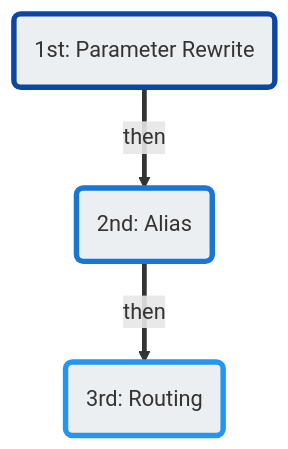
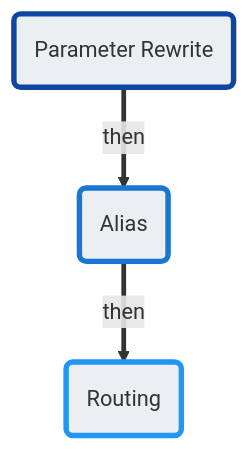
One commit to connexcs/docs changed the diagram in docs/number-manipulation.md. Above: the diagram before and after it, drawn with Mermaid.

Commit message:
Update number-manipulation.md
fixing flow

````diff
--- a/docs/number-manipulation.md
+++ b/docs/number-manipulation.md
@@ -13,7 +13,7 @@
 ```mermaid
 graph TD
-A("1st: Parameter Rewrite") ==then==> B("2nd: Alias") ==then==> C("3rd: Routing")
+A(Parameter Rewrite) ==then==> B(Alias) ==then==> C(Routing)
 style A fill:#ECEFF1,stroke:#0D47A1,stroke-width:4px
 style B fill:#ECEFF1,stroke:#1976D2,stroke-width:4px
 style C fill:#ECEFF1,stroke:#2196F3,stroke-width:4px
 ```
````
